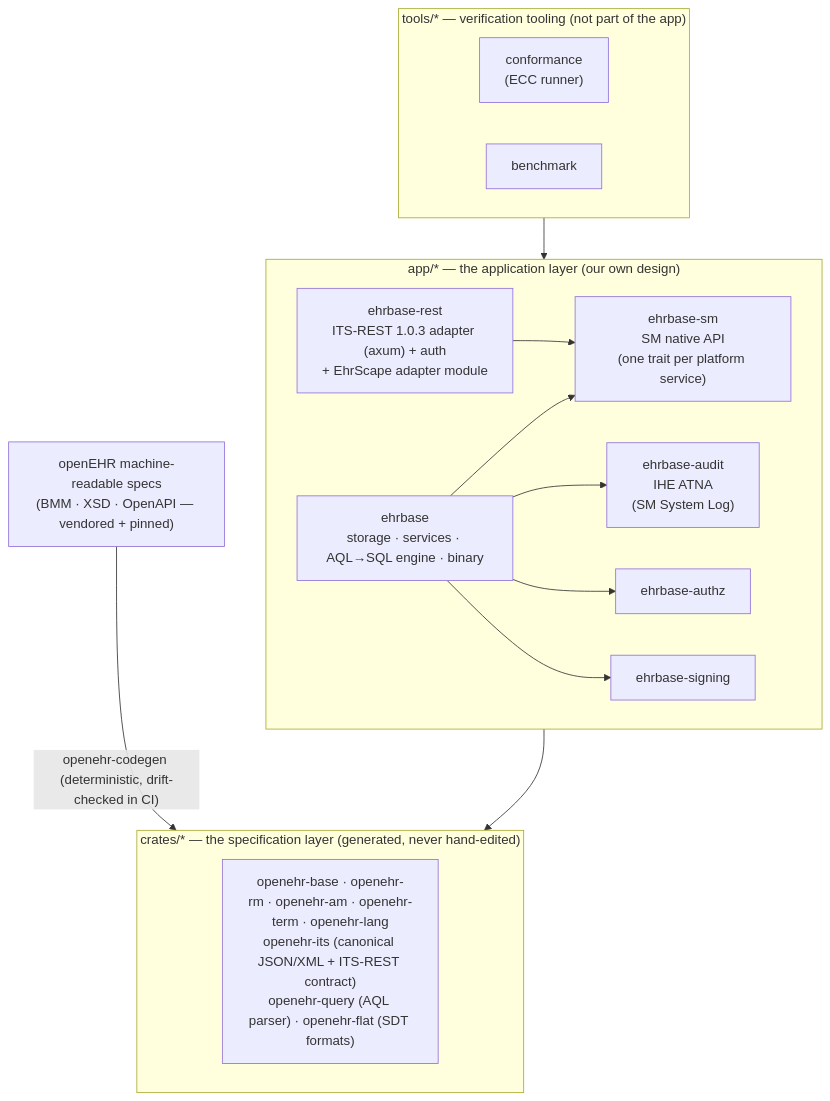
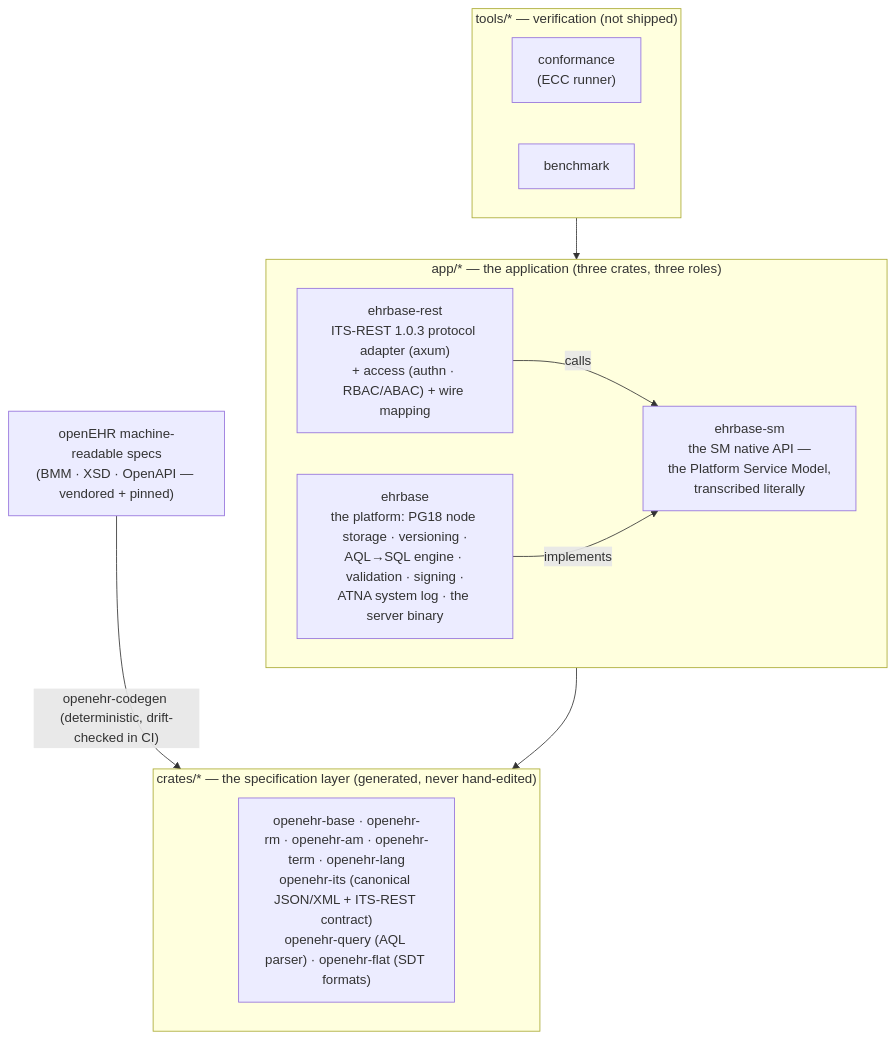
The diagram in README.md (rubentalstra/FerroEHR), drawn with Mermaid before and after one commit. The commit also changed other lines of this file, not shown here.

Commit message:
docs: full README rewrite — three-crate architecture, SM native API, measured-compliance section (BLUEPRINT + ECC + storage audit), honest rebuild status, refreshed features/docs map

````diff
--- a/README.md
+++ b/README.md
@@ -137,31 +152,25 @@
 ```mermaid
 flowchart TB
     specs["openEHR machine-readable specs<br/>(BMM · XSD · OpenAPI — vendored + pinned)"]
 
     subgraph crates ["crates/* — the specification layer (generated, never hand-edited)"]
         openehr["openehr-base · openehr-rm · openehr-am · openehr-term · openehr-lang<br/>openehr-its (canonical JSON/XML + ITS-REST contract)<br/>openehr-query (AQL parser) · openehr-flat (SDT formats)"]
     end
 
-    subgraph app ["app/* — the application layer (our own design)"]
-        rest["ehrbase-rest<br/>ITS-REST 1.0.3 adapter (axum) + auth<br/>+ EhrScape adapter module"]
-        sm["ehrbase-sm<br/>SM native API<br/>(one trait per platform service)"]
-        core["ehrbase<br/>storage · services · AQL→SQL engine · binary"]
-        audit["ehrbase-audit<br/>IHE ATNA<br/>(SM System Log)"]
-        authz["ehrbase-authz"]
-        signing["ehrbase-signing"]
+    subgraph app ["app/* — the application (three crates, three roles)"]
+        rest["ehrbase-rest<br/>ITS-REST 1.0.3 protocol adapter (axum)<br/>+ access (authn · RBAC/ABAC) + wire mapping"]
+        sm["ehrbase-sm<br/>the SM native API —<br/>the Platform Service Model,<br/>transcribed literally"]
+        core["ehrbase<br/>the platform: PG18 node storage · versioning ·<br/>AQL→SQL engine · validation · signing ·<br/>ATNA system log · the server binary"]
     end
 
-    subgraph tools ["tools/* — verification tooling (not part of the app)"]
+    subgraph tools ["tools/* — verification (not shipped)"]
         conf["conformance<br/>(ECC runner)"]
         bench["benchmark"]
     end
 
     specs -- "openehr-codegen (deterministic, drift-checked in CI)" --> crates
-    rest --> sm
-    core --> sm
-    core --> audit
-    core --> authz
-    core --> signing
+    rest -- "calls" --> sm
+    core -- "implements" --> sm
     app --> crates
     tools --> app
 ```
````
